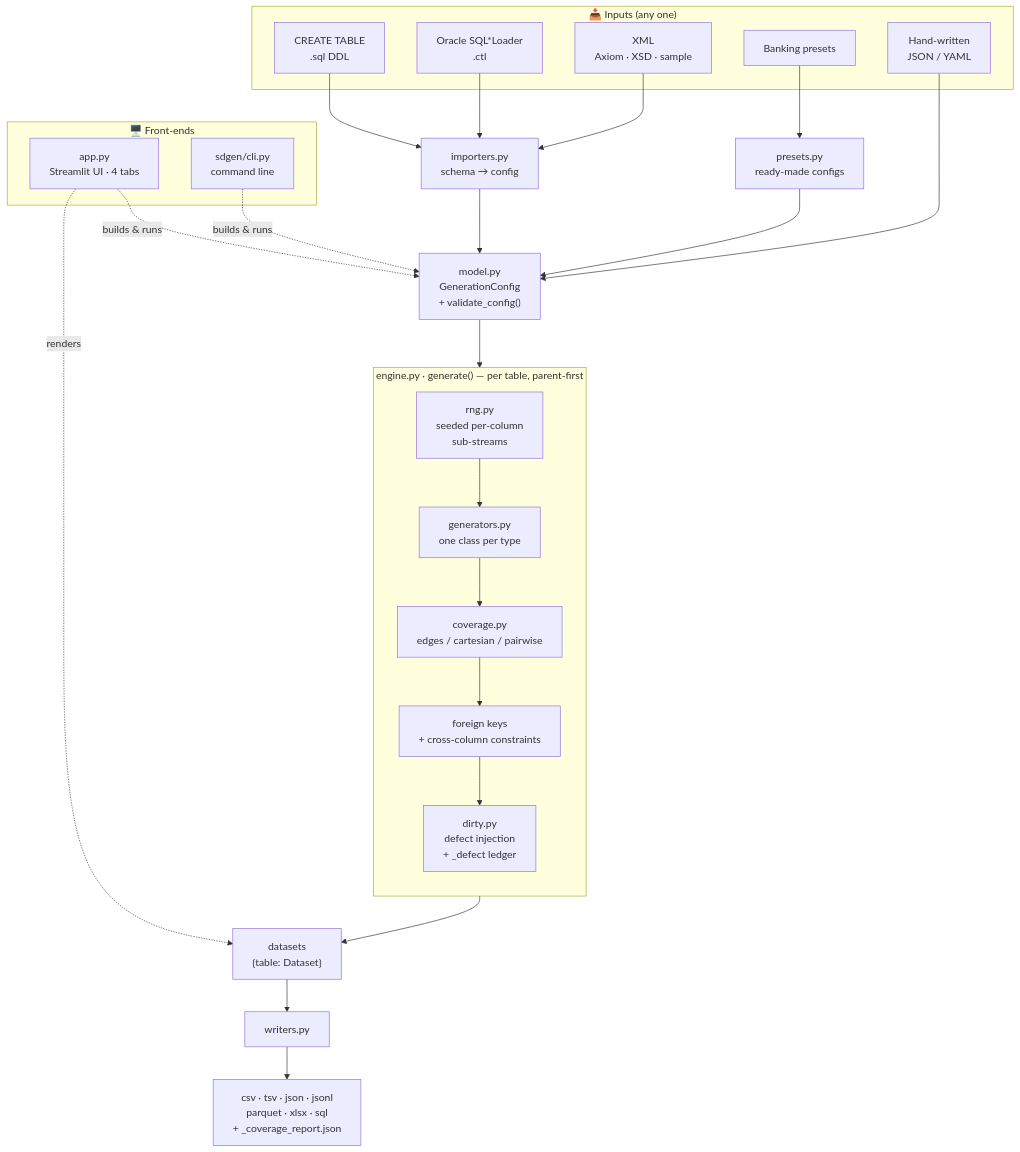
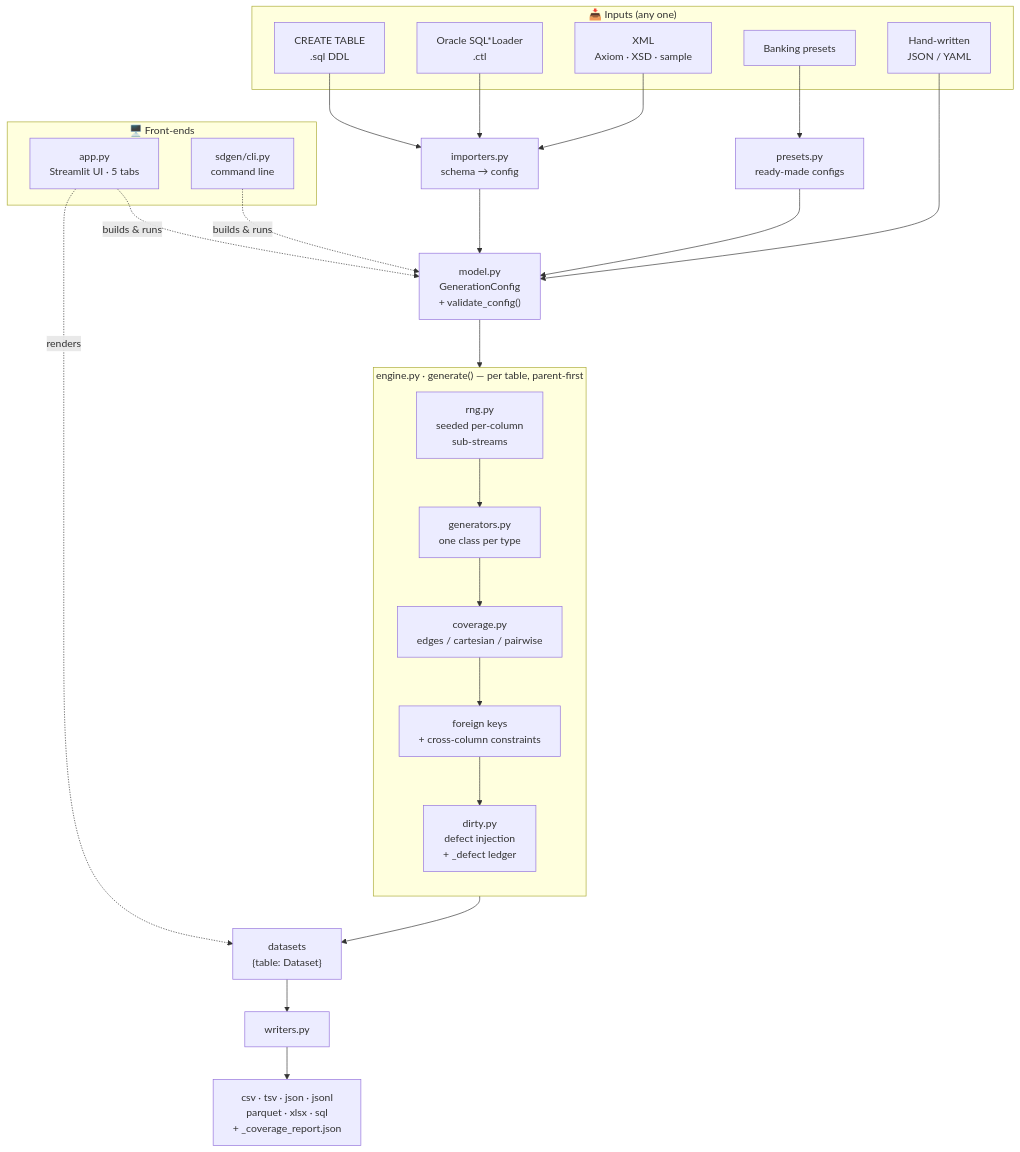
One commit to ankitjawla/sample-data-generator-v4 changed the diagram in README.md. Above: the diagram before and after it, drawn with Mermaid. The commit also changed other lines of this file and 1 other file, not shown here.

First line of the commit message:
feat(app): add Schema editor tab — edit columns visually after import

````diff
--- a/README.md
+++ b/README.md
@@ -91,42 +91,42 @@
 ```mermaid
 flowchart TD
     subgraph INPUTS["📥 Inputs (any one)"]
         DDL["CREATE TABLE<br/>.sql DDL"]
         CTL["Oracle SQL*Loader<br/>.ctl"]
         XML["XML<br/>Axiom · XSD · sample"]
         PRESET["Banking presets"]
         HAND["Hand-written<br/>JSON / YAML"]
     end
 
     subgraph FRONTENDS["🖥️ Front-ends"]
-        APP["app.py<br/>Streamlit UI · 4 tabs"]
+        APP["app.py<br/>Streamlit UI · 5 tabs"]
         CLI["sdgen/cli.py<br/>command line"]
     end
 
     DDL --> IMP["importers.py<br/>schema → config"]
     CTL --> IMP
     XML --> IMP
     PRESET --> PRE["presets.py<br/>ready-made configs"]
 
     IMP --> MODEL
     PRE --> MODEL
     HAND --> MODEL["model.py<br/>GenerationConfig<br/>+ validate_config()"]
 
     MODEL --> ENGINE
 
     subgraph ENGINE["engine.py · generate() — per table, parent-first"]
         direction TB
         RNG["rng.py<br/>seeded per-column<br/>sub-streams"] --> GEN["generators.py<br/>one class per type"]
         GEN --> COV["coverage.py<br/>edges / cartesian / pairwise"]
         COV --> FK["foreign keys<br/>+ cross-column constraints"]
         FK --> DIRTY["dirty.py<br/>defect injection<br/>+ _defect ledger"]
     end
 
     ENGINE --> DS["datasets<br/>{table: Dataset}"]
     DS --> WR["writers.py"]
     WR --> OUT["csv · tsv · json · jsonl<br/>parquet · xlsx · sql<br/>+ _coverage_report.json"]
 
     APP -.builds & runs.-> MODEL
     CLI -.builds & runs.-> MODEL
     APP -.renders.-> DS
 ```
````
